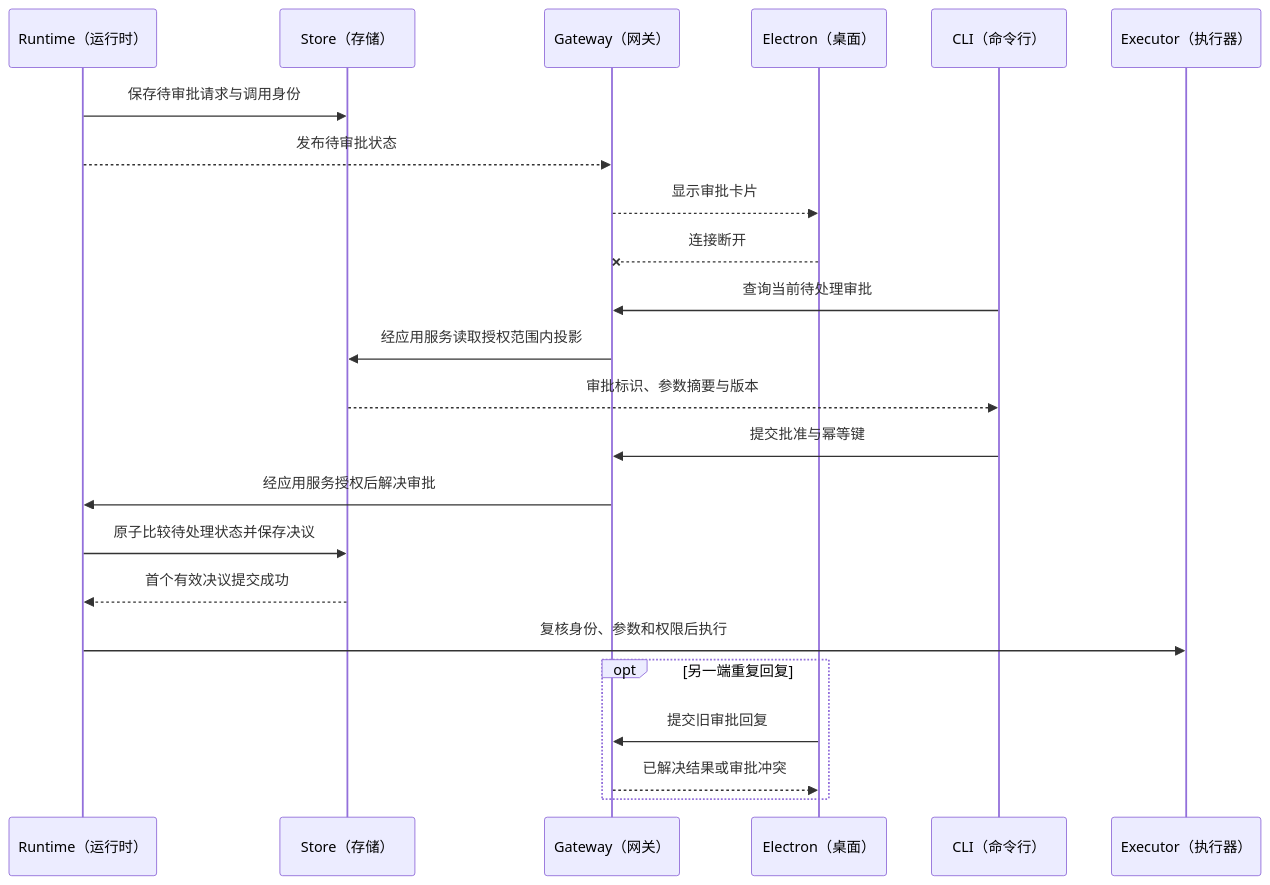
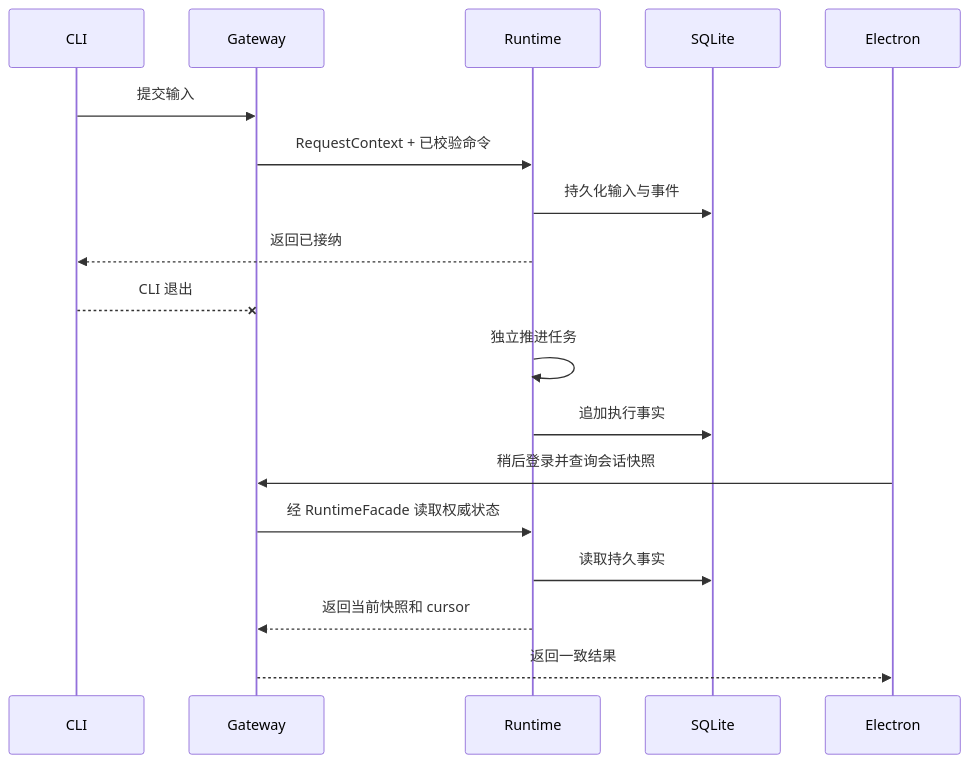
The fifth of 6 diagrams in docs/阶段方案/阶段4.7.0-Runtime独立化开发架构设计.md (CodeDan-CN/agent-base-harness), drawn with Mermaid before and after one commit. The commit also changed other lines of this file and 53 other files, not shown here.

````diff
--- a/docs/阶段方案/阶段4.7.0-Runtime独立化开发架构设计.md
+++ b/docs/阶段方案/阶段4.7.0-Runtime独立化开发架构设计.md
@@ -803,25 +474,21 @@
 ```mermaid
 sequenceDiagram
-    participant R as Runtime（运行时）
-    participant D as Store（存储）
-    participant G as Gateway（网关）
-    participant E as Electron（桌面）
-    participant C as CLI（命令行）
-    participant X as Executor（执行器）
-    R->>D: 保存待审批请求与调用身份
-    R-->>G: 发布待审批状态
-    G-->>E: 显示审批卡片
-    E--xG: 连接断开
-    C->>G: 查询当前待处理审批
-    G->>D: 经应用服务读取授权范围内投影
-    D-->>C: 审批标识、参数摘要与版本
-    C->>G: 提交批准与幂等键
-    G->>R: 经应用服务授权后解决审批
-    R->>D: 原子比较待处理状态并保存决议
-    D-->>R: 首个有效决议提交成功
-    R->>X: 复核身份、参数和权限后执行
-    opt 另一端重复回复
-      E->>G: 提交旧审批回复
-      G-->>E: 已解决结果或审批冲突
-    end
+    participant C as CLI
+    participant G as Gateway
+    participant R as Runtime
+    participant D as SQLite
+    participant E as Electron
+
+    C->>G: 提交输入
+    G->>R: RequestContext + 已校验命令
+    R->>D: 持久化输入与事件
+    R-->>C: 返回已接纳
+    C--xG: CLI 退出
+    R->>R: 独立推进任务
+    R->>D: 追加执行事实
+    E->>G: 稍后登录并查询会话快照
+    G->>R: 经 RuntimeFacade 读取权威状态
+    R->>D: 读取持久事实
+    R-->>G: 返回当前快照和 cursor
+    G-->>E: 返回一致结果
 ```
````
